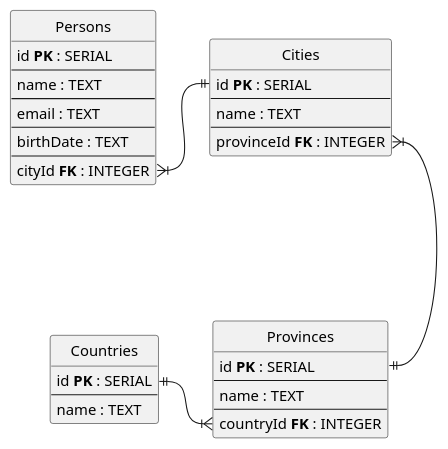
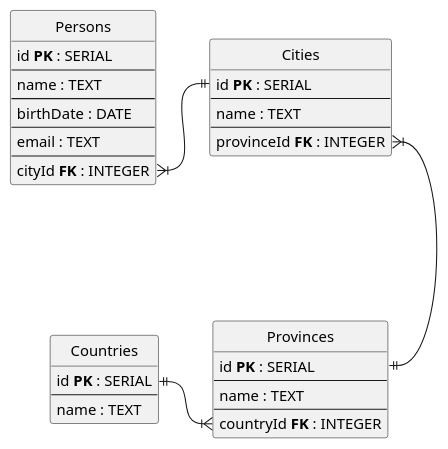
One commit to ImanolBarrionuevo/pedidosya-person-service changed the diagram in der/der.puml. Above: the diagram before and after it, drawn with PlantUML. The commit also changed 1 other file, not shown here.

```diff
--- a/der/der.puml
+++ b/der/der.puml
@@ -1,43 +1,43 @@
 @startuml persons-service-der
 
 hide circle
 
 entity Persons {
     id **PK** : SERIAL
     ---
     name : TEXT
     ---
+    birthDate : DATE
+    ---
     email : TEXT
-    ---
-    birthDate : TEXT
     ---
     cityId **FK** : INTEGER
 }
 
 entity Cities {
     id **PK** : SERIAL
     ---
     name : TEXT
     ---
     provinceId **FK** : INTEGER
 }
 
 entity Provinces {
     id **PK** : SERIAL
     ---
     name : TEXT
     ---
     countryId **FK** : INTEGER
 }
 
 entity Countries {
     id **PK** : SERIAL
     ---
     name : TEXT
 }
 
 Persons::cityId }|-right--||Cities::id
 Cities::provinceId }|-down--||Provinces::id
 Provinces::countryId }|-left--||Countries::id
 
 @enduml
```
